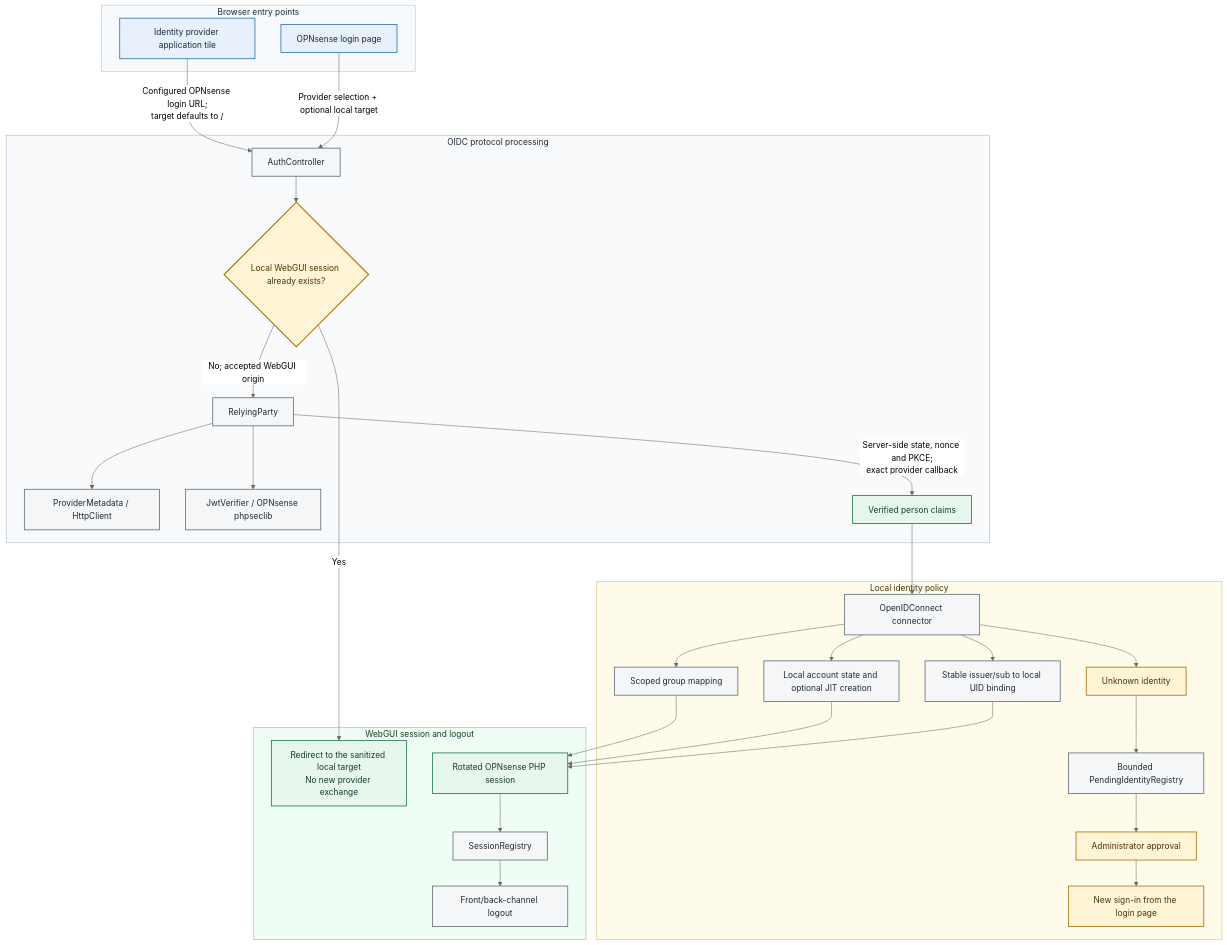
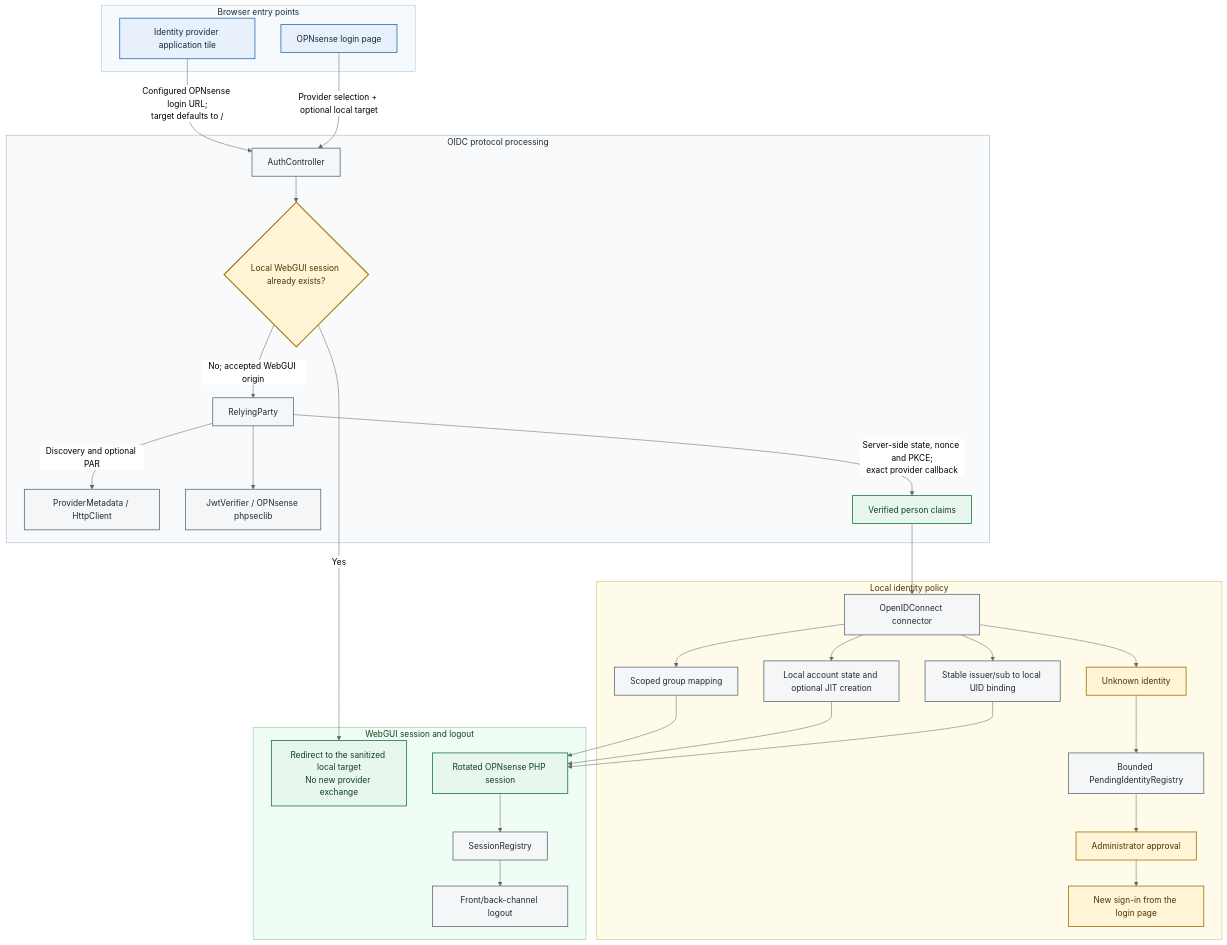
The first of 2 diagrams in docs/reference/architecture.md (jpawlowski/opnsense-openid-connect), drawn with Mermaid (neutral theme) before and after one commit. The commit also changed other lines of this file and 85 other files, not shown here.

````diff
--- a/docs/reference/architecture.md
+++ b/docs/reference/architecture.md
@@ -12,75 +12,75 @@
 ```mermaid
 flowchart TD
     accTitle: OpenID Connect architecture and data flow
     accDescr: Browser entry points converge on one protected OIDC transaction, followed by local identity policy, session creation and logout handling.
 
     subgraph BrowserEntry["Browser entry points"]
         LoginPage["OPNsense login page"]
         IdpTile["Identity provider application tile"]
     end
 
     subgraph Protocol["OIDC protocol processing"]
         AuthController["AuthController"]
         ExistingSession{"Local WebGUI session already exists?"}
         RelyingParty["RelyingParty"]
         ProviderServices["ProviderMetadata / HttpClient"]
         TokenVerification["JwtVerifier / OPNsense phpseclib"]
         VerifiedClaims["Verified person claims"]
     end
 
     subgraph IdentityPolicy["Local identity policy"]
         Connector["OpenIDConnect connector"]
         UidBinding["Stable issuer/sub to local UID binding"]
         PendingIdentity["Unknown identity"]
         PendingRegistry["Bounded PendingIdentityRegistry"]
         AdminApproval["Administrator approval"]
         NewSignIn["New sign-in from the login page"]
         AccountPolicy["Local account state and optional JIT creation"]
         GroupMapping["Scoped group mapping"]
     end
 
     subgraph SessionLifecycle["WebGUI session and logout"]
         LocalRedirect["Redirect to the sanitized local target<br/>No new provider exchange"]
         PhpSession["Rotated OPNsense PHP session"]
         SessionRegistry["SessionRegistry"]
         Logout["Front/back-channel logout"]
     end
 
     LoginPage -->|"Provider selection + optional local target"| AuthController
     IdpTile -->|"Configured OPNsense login URL;<br/>target defaults to /"| AuthController
     AuthController --> ExistingSession
     ExistingSession -->|"Yes"| LocalRedirect
     ExistingSession -->|"No; accepted WebGUI origin"| RelyingParty
-    RelyingParty --> ProviderServices
+    RelyingParty -->|"Discovery and optional PAR"| ProviderServices
     RelyingParty --> TokenVerification
     RelyingParty -->|"Server-side state, nonce and PKCE;<br/>exact provider callback"| VerifiedClaims
     VerifiedClaims --> Connector
     Connector --> UidBinding
     Connector --> PendingIdentity --> PendingRegistry --> AdminApproval
     Connector --> AccountPolicy
     Connector --> GroupMapping
     UidBinding --> PhpSession
     AccountPolicy --> PhpSession
     GroupMapping --> PhpSession
     AdminApproval --> NewSignIn
     PhpSession --> SessionRegistry --> Logout
 
     classDef entry fill:#E8F1FB,stroke:#2B6CB0,color:#13293D,stroke-width:1.5px;
     classDef process fill:#F4F6F8,stroke:#5F6B73,color:#202A30,stroke-width:1.5px;
     classDef decision fill:#FFF4D6,stroke:#A66A00,color:#4A3200,stroke-width:2px;
     classDef success fill:#E8F7EE,stroke:#197343,color:#103D26,stroke-width:1.5px;
     classDef warning fill:#FFF4D6,stroke:#A66A00,color:#4A3200,stroke-width:1.5px;
 
     class LoginPage,IdpTile entry;
     class AuthController,RelyingParty,ProviderServices,TokenVerification process;
     class Connector,UidBinding,PendingRegistry,AccountPolicy,GroupMapping process;
     class SessionRegistry,Logout process;
     class ExistingSession decision;
     class VerifiedClaims,LocalRedirect,PhpSession success;
     class PendingIdentity,AdminApproval,NewSignIn warning;
 
     style BrowserEntry fill:#F7FAFC,stroke:#A8C4DC,color:#13293D;
     style Protocol fill:#F8FAFC,stroke:#A0AEC0,color:#202A30;
     style IdentityPolicy fill:#FFFBEB,stroke:#D6B968,color:#4A3200;
     style SessionLifecycle fill:#F0FDF4,stroke:#86B99A,color:#103D26;
 ```
````
